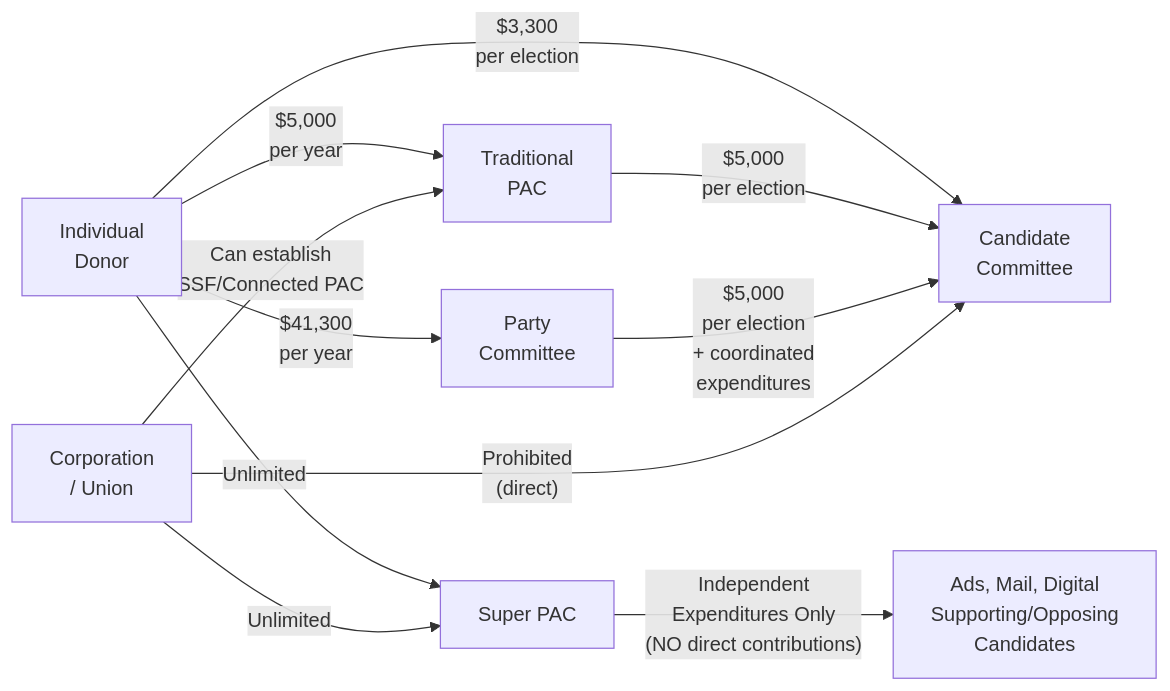
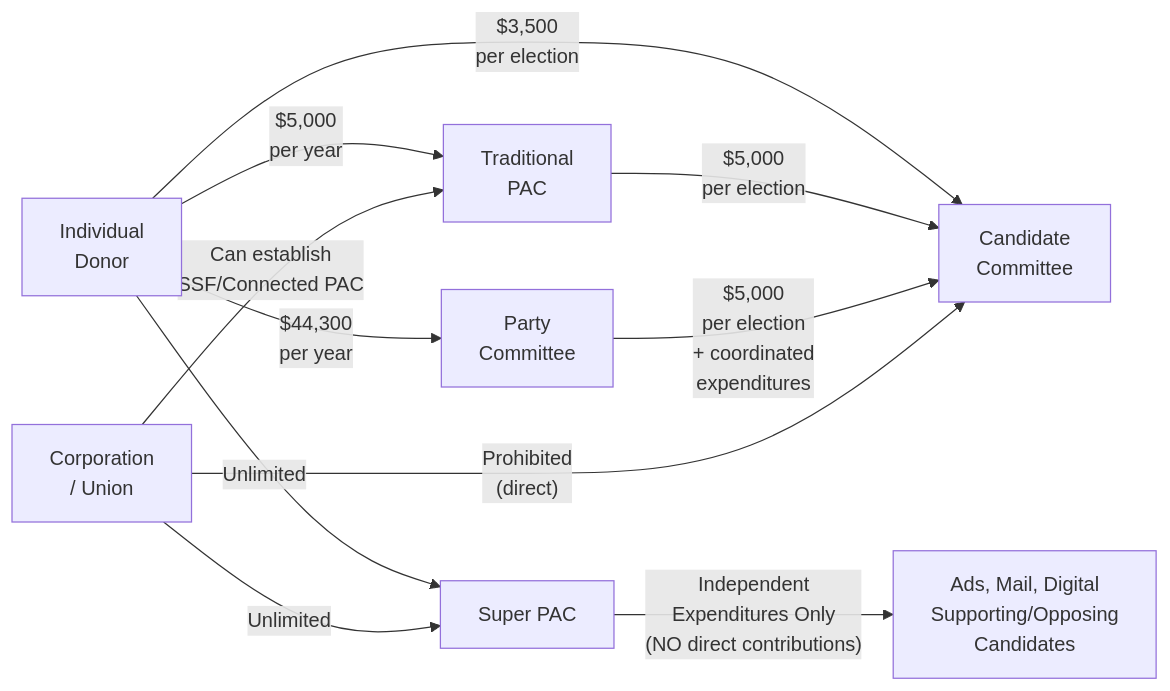
The diagram in federal/contribution-limits.md (dougdevitre/matt-grant), drawn with Mermaid before and after one commit. The commit also changed other lines of this file and 18 other files, not shown here.

````diff
--- a/federal/contribution-limits.md
+++ b/federal/contribution-limits.md
@@ -13,16 +13,16 @@
 ```mermaid
 graph LR
-    IND["Individual\nDonor"] -->|"$3,300\nper election"| CAND["Candidate\nCommittee"]
+    IND["Individual\nDonor"] -->|"$3,500\nper election"| CAND["Candidate\nCommittee"]
     IND -->|"$5,000\nper year"| PAC["Traditional\nPAC"]
-    IND -->|"$41,300\nper year"| PARTY["Party\nCommittee"]
+    IND -->|"$44,300\nper year"| PARTY["Party\nCommittee"]
     IND -->|"Unlimited"| SUPER["Super PAC"]
 
     PAC -->|"$5,000\nper election"| CAND
     PARTY -->|"$5,000\nper election\n+ coordinated\nexpenditures"| CAND
 
     SUPER -->|"Independent\nExpenditures Only\n(NO direct contributions)"| IE["Ads, Mail, Digital\nSupporting/Opposing\nCandidates"]
 
     CORP["Corporation\n/ Union"] -->|"Prohibited\n(direct)"| CAND
     CORP -->|"Unlimited"| SUPER
     CORP -->|"Can establish\nSSF/Connected PAC"| PAC
 ```
````
